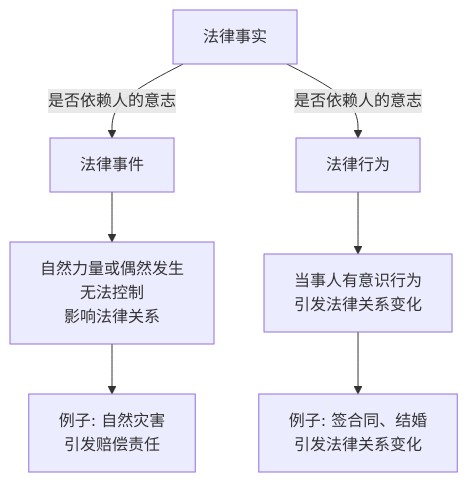
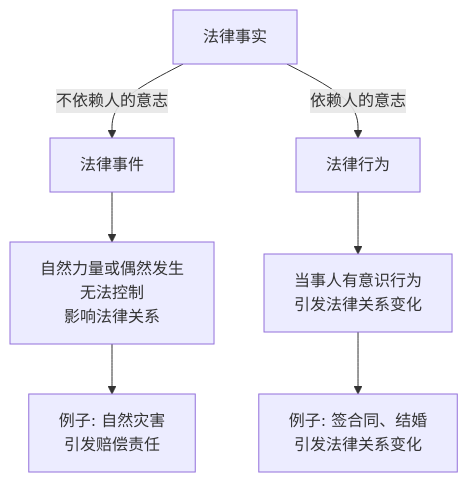
The diagram in 公考/📚 公基/⚖️ 法律/法理学/2.法律关系.md (emary3399/obsidian_note), drawn with Mermaid before and after one commit. The commit also changed other lines of this file and 10 other files, not shown here.

````diff
--- a/公考/📚 公基/⚖️ 法律/法理学/2.法律关系.md
+++ b/公考/📚 公基/⚖️ 法律/法理学/2.法律关系.md
@@ -28,12 +25,12 @@
 ```mermaid 
 
 graph TD
-    A[法律事实] -->|是否依赖人的意志| B[法律事件]
-    A -->|是否依赖人的意志| C[法律行为]
+    A[法律事实] -->|不依赖人的意志| B[法律事件]
+    A -->|依赖人的意志| C[法律行为]
     B --> D[自然力量或偶然发生<br>无法控制<br>影响法律关系]
     C --> E[当事人有意识行为<br>引发法律关系变化]
     D --> F[例子: 自然灾害<br>引发赔偿责任]
     E --> G[例子: 签合同、结婚<br>引发法律关系变化]
 
 
 ```
````
